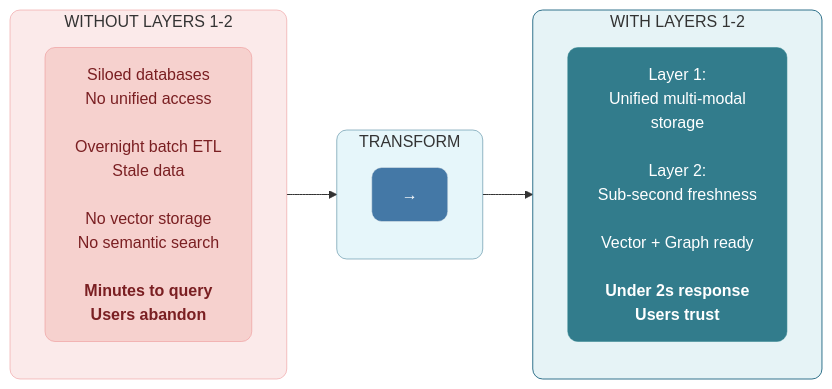
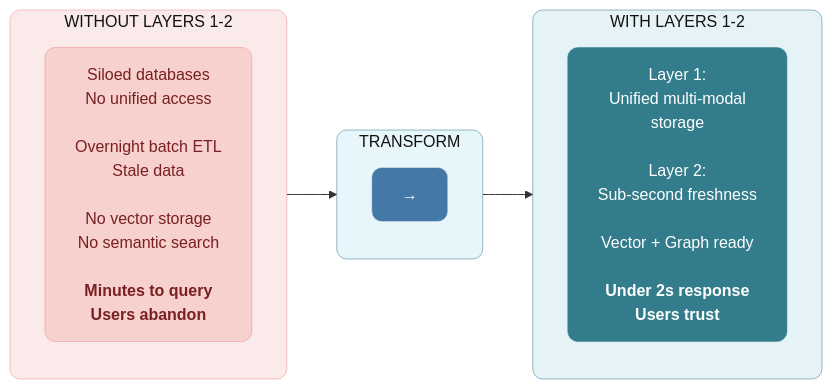
Before and after one commit to saitejesh-cyber/trust-before-intelligence-book: the first of 11 diagrams in manuscript/05_chapter_4_foundation_layers.md, drawn with Mermaid. The commit also changed other lines of this file and 12 other files, not shown here.

````diff
--- a/manuscript/05_chapter_4_foundation_layers.md
+++ b/manuscript/05_chapter_4_foundation_layers.md
@@ -8,29 +8,29 @@
 ```mermaid
 
 graph LR
     subgraph WITHOUT["WITHOUT LAYERS 1-2"]
         direction TB
         W1["Siloed databases<br/>No unified access<br/><br/>Overnight batch ETL<br/>Stale data<br/><br/>No vector storage<br/>No semantic search<br/><br/><b>Minutes to query<br/>Users abandon</b>"]
     end
     
     subgraph TRANSFORM["TRANSFORM"]
         direction TB
         T1["→"]
     end
     
     subgraph WITH["WITH LAYERS 1-2"]
         direction TB
         L1["Layer 1:<br/>Unified multi-modal<br/>storage<br/><br/>Layer 2:<br/>Sub-second freshness<br/><br/>Vector + Graph ready<br/><br/><b>Under 2s response<br/>Users trust</b>"]
     end
     
     WITHOUT --> TRANSFORM --> WITH
     
-    style WITHOUT fill:#FBEAEA,stroke:#EB898B,stroke-width:0.5px,rx:10,ry:10
+    style WITHOUT fill:#FBEAEA,stroke:#EB898B,stroke-width:0.5px,color:#121212,rx:10,ry:10
     style W1 fill:#F6D1CE,stroke:#EB898B,stroke-width:0.5px,color:#7A1F22,rx:10,ry:10
-    style TRANSFORM fill:#E6F6FA,stroke:#32738C,stroke-width:0.5px,rx:10,ry:10
+    style TRANSFORM fill:#E6F6FA,stroke:#32738C,stroke-width:0.5px,color:#121212,rx:10,ry:10
     style T1 fill:#4478A6,stroke:#e4ebed,stroke-width:0.5px,color:#FFFFFF,rx:10,ry:10
-    style WITH fill:#E6F3F6,stroke:#32738C,stroke-width:,rx:10,ry:10
+    style WITH fill:#E6F3F6,stroke:#32738C,stroke-width:0.5px,color:#121212,rx:10,ry:10
     style L1 fill:#327C8C,stroke:#30838C,stroke-width:0.5px,color:#ffffff,rx:10,ry:10
 
 
 ```
````
